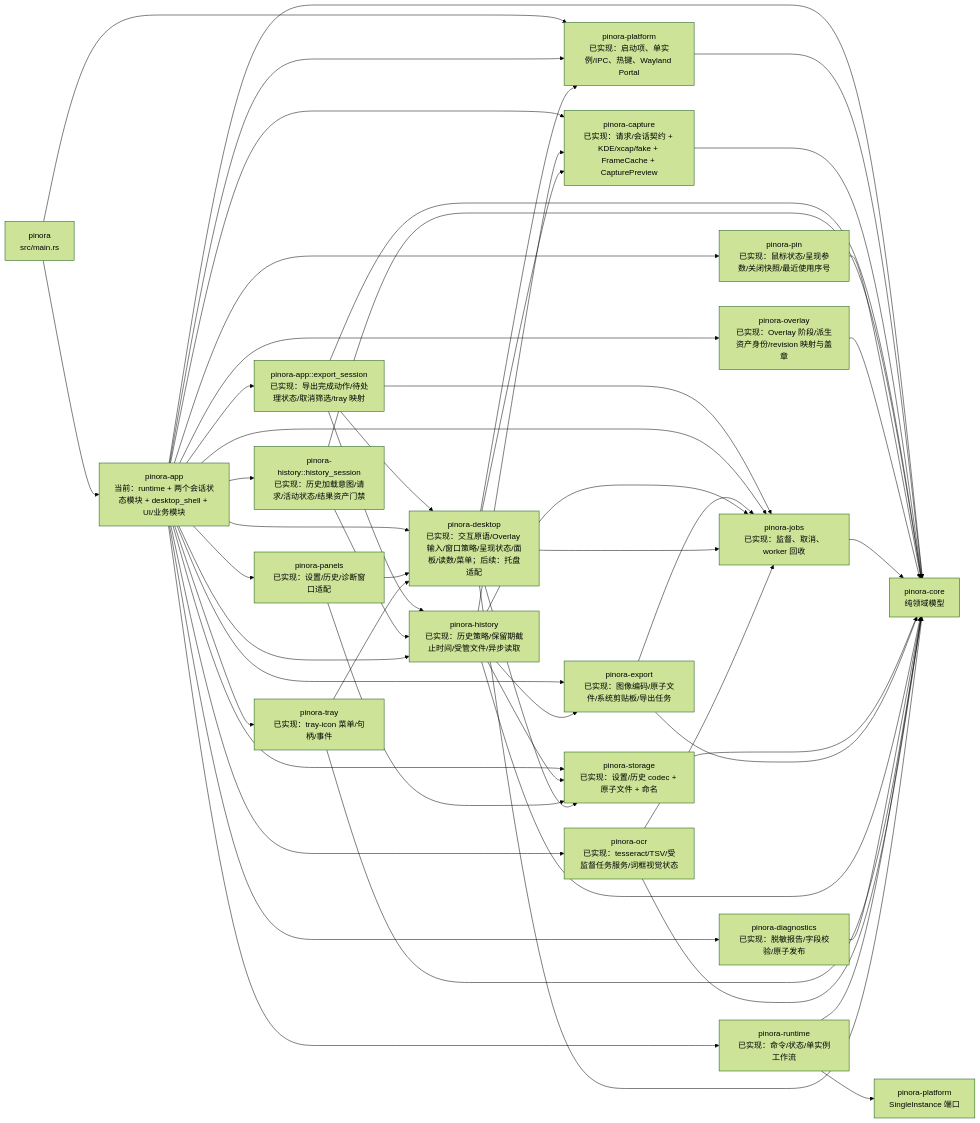
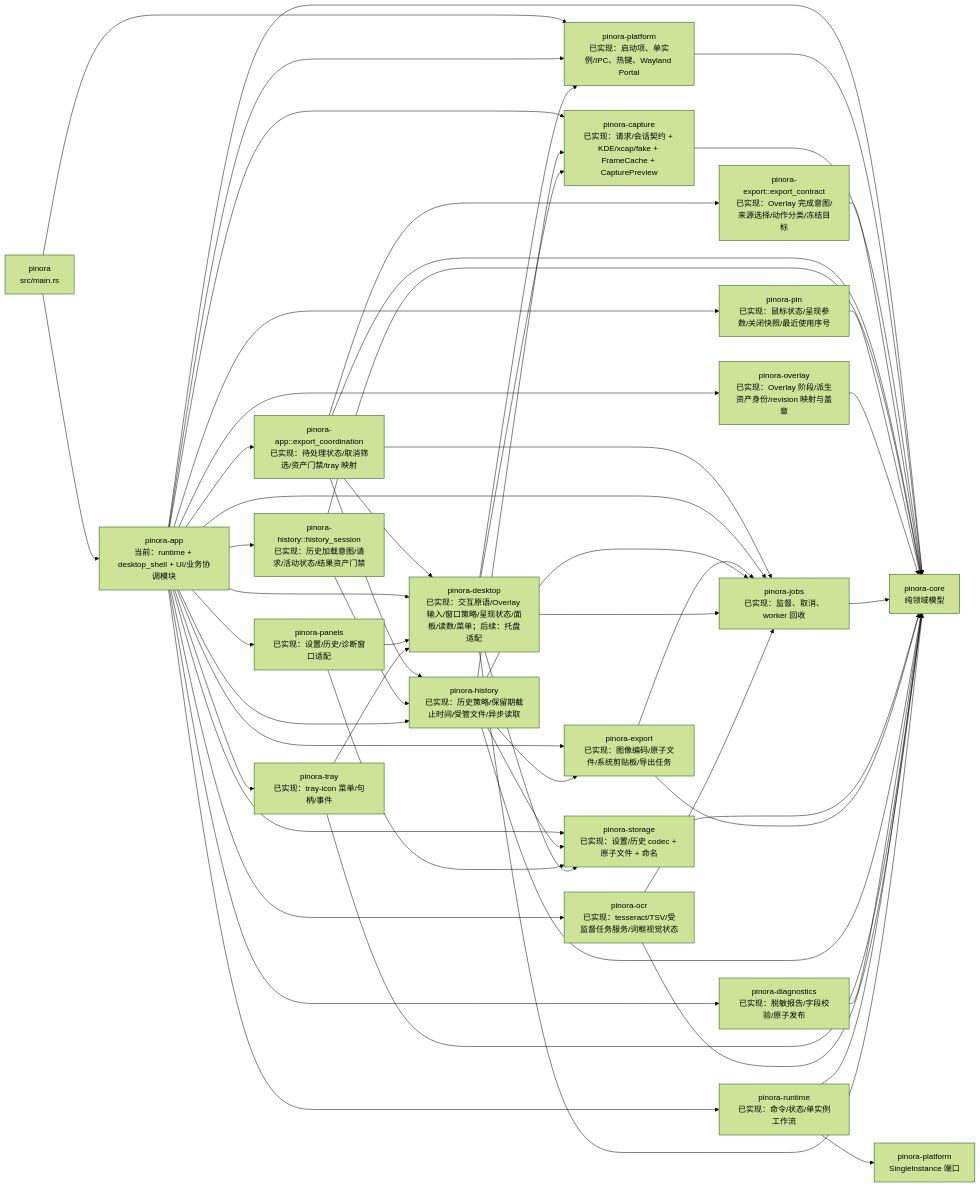
One commit to yhyzgn/pinora changed the third of 29 diagrams in docs/Pinora-开发设计文档.md. Above: the diagram before and after it, drawn with Mermaid (forest theme). The commit also changed other lines of this file and 12 other files, not shown here.

````diff
--- a/docs/Pinora-开发设计文档.md
+++ b/docs/Pinora-开发设计文档.md
@@ -236,56 +236,58 @@
 ```mermaid
 flowchart LR
-    Main["pinora\nsrc/main.rs"] --> App["pinora-app\n当前：runtime + 两个会话状态模块 + desktop_shell + UI/业务模块"]
+    Main["pinora\nsrc/main.rs"] --> App["pinora-app\n当前：runtime + desktop_shell + UI/业务协调模块"]
     Main --> Platform["pinora-platform\n已实现：启动项、单实例/IPC、热键、Wayland Portal"]
     App --> Platform
     App --> Core["pinora-core\n纯领域模型"]
     Platform --> Core
 
     App --> CaptureNow["pinora-capture\n已实现：请求/会话契约 + KDE/xcap/fake + FrameCache + CapturePreview"]
     CaptureNow --> Core
-    App --> ExportSession["pinora-app::export_session\n已实现：导出完成动作/待处理状态/取消筛选/tray 映射"]
-    ExportSession --> Core
-    ExportSession --> HistoryNow
-    ExportSession --> Desktop
-    ExportSession --> JobsNow
+    App --> ExportCoordinator["pinora-app::export_coordination\n已实现：待处理状态/取消筛选/资产门禁/tray 映射"]
+    ExportCoordinator --> ExportContract["pinora-export::export_contract\n已实现：Overlay 完成意图/来源选择/动作分类/冻结目标"]
+    ExportContract --> Core
+    ExportCoordinator --> Core
+    ExportCoordinator --> HistoryNow
+    ExportCoordinator --> Desktop
+    ExportCoordinator --> JobsNow
     App --> HistorySession["pinora-history::history_session\n已实现：历史加载意图/请求/活动状态/结果资产门禁"]
     HistorySession --> Core
     HistorySession --> HistoryNow
     App --> PinSession["pinora-pin\n已实现：鼠标状态/呈现参数/关闭快照/最近使用序号"]
     PinSession --> Core
     App --> OverlaySession["pinora-overlay\n已实现：Overlay 阶段/派生资产身份/revision 映射与盖章"]
     OverlaySession --> Core
     App --> JobsNow["pinora-jobs\n已实现：监督、取消、worker 回收"]
     JobsNow --> Core
     App --> StorageNow["pinora-storage\n已实现：设置/历史 codec + 原子文件 + 命名"]
     StorageNow --> Core
     App --> Desktop["pinora-desktop\n已实现：交互原语/Overlay 输入/窗口策略/呈现状态/面板/读数/菜单；后续：托盘适配"]
     App --> ExportNow["pinora-export\n已实现：图像编码/原子文件/系统剪贴板/导出任务"]
     ExportNow --> Core
     ExportNow --> JobsNow
     App --> HistoryNow["pinora-history\n已实现：历史策略/保留期截止时间/受管文件/异步读取"]
     HistoryNow --> Core
     HistoryNow --> StorageNow
     HistoryNow --> CaptureNow
     HistoryNow --> JobsNow
     HistoryNow --> ExportNow
     App --> DiagnosticsNow["pinora-diagnostics\n已实现：脱敏报告/字段校验/原子发布"]
     DiagnosticsNow --> Core
     App --> PanelsNow["pinora-panels\n已实现：设置/历史/诊断窗口适配"]
     PanelsNow --> Desktop
     PanelsNow --> StorageNow
     App --> TrayNow["pinora-tray\n已实现：tray-icon 菜单/句柄/事件"]
     TrayNow --> Core
     TrayNow --> Desktop
     App --> RuntimeNow["pinora-runtime\n已实现：命令/状态/单实例工作流"]
     RuntimeNow --> Core
     RuntimeNow --> PlatformNow["pinora-platform\nSingleInstance 端口"]
     App --> Ocr["pinora-ocr\n已实现：tesseract/TSV/受监督任务服务/词框视觉状态"]
     Ocr --> Core
     Desktop --> Core
     Desktop --> Platform
     Desktop --> CaptureNow
     Desktop --> JobsNow
     Desktop --> StorageNow
     Ocr --> JobsNow
 ```
````
